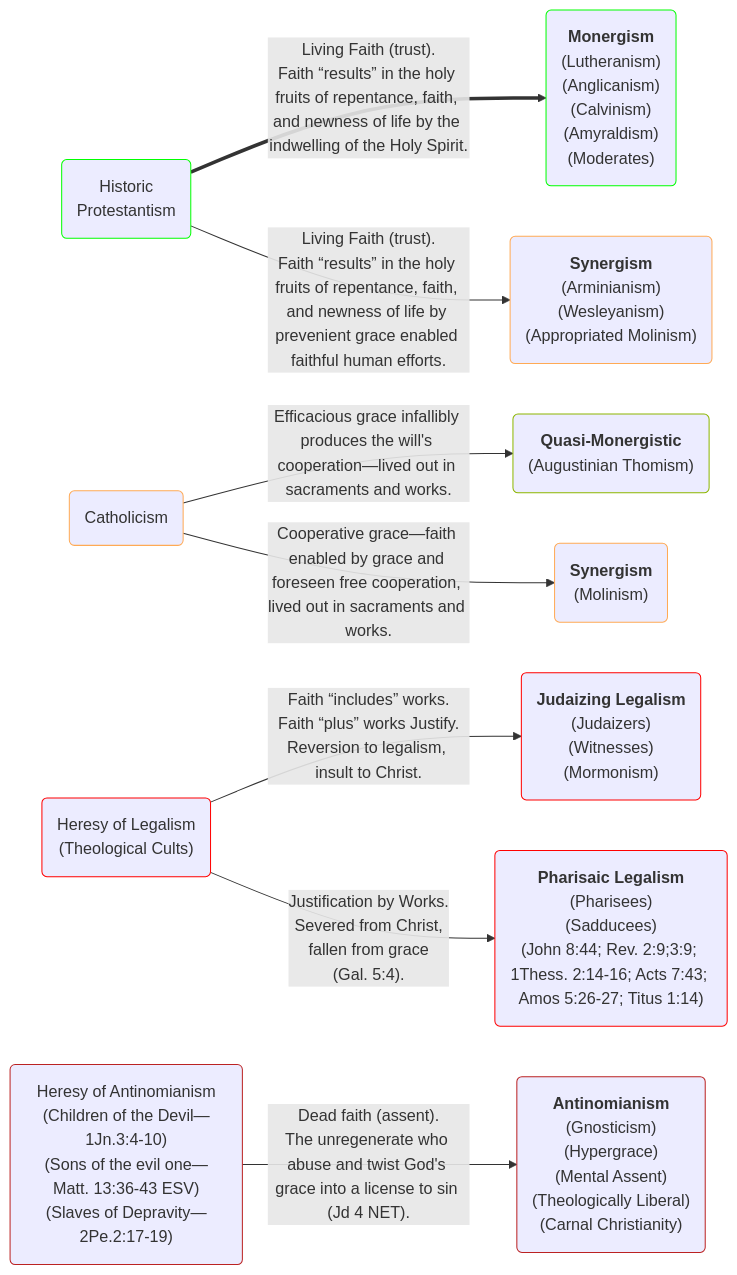
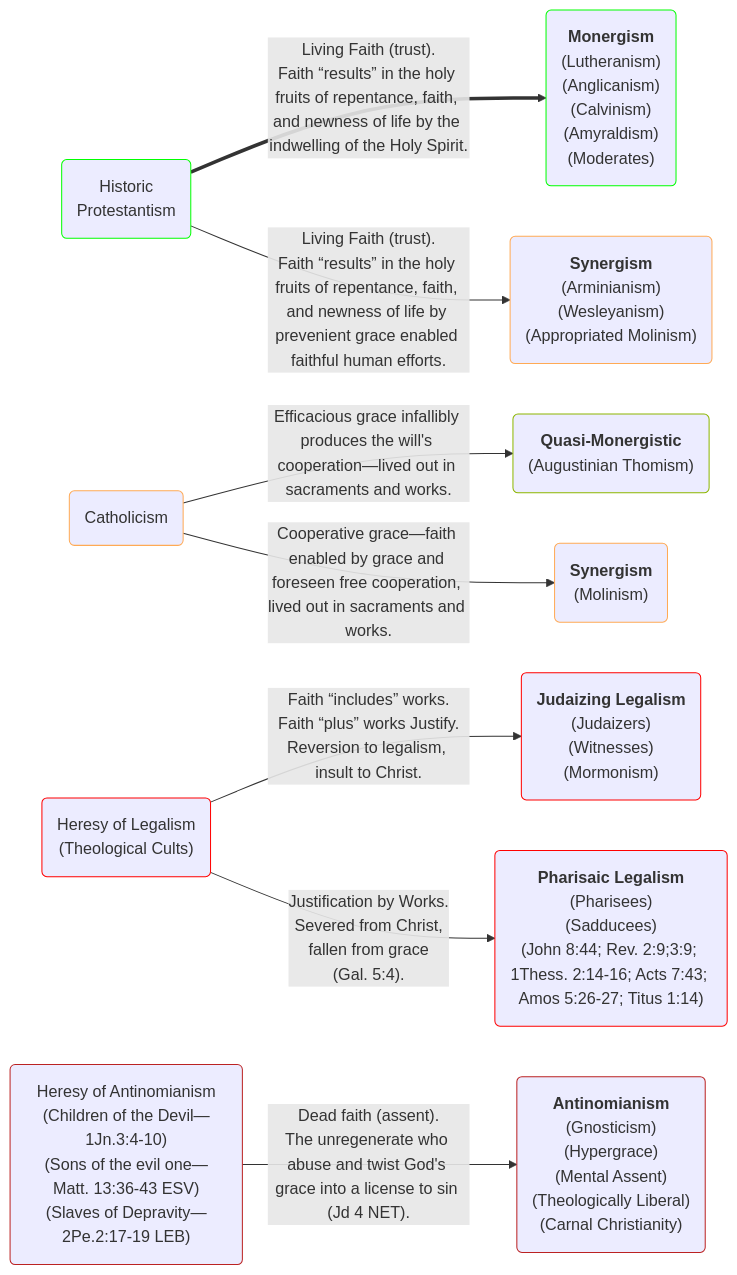
Before and after one commit to OrdoLuminis/ordoluminis.github.io: the first of 2 diagrams in _posts/2025-08-03-historic-protestant-position.markdown, drawn with Mermaid. The commit also changed other lines of this file, not shown here.

````diff
--- a/_posts/2025-08-03-historic-protestant-position.markdown
+++ b/_posts/2025-08-03-historic-protestant-position.markdown
@@ -55,23 +55,23 @@
 ```mermaid
 flowchart LR
     A(Historic<br>Protestantism):::green
     B(Catholicism):::orange
     C(Heresy of Legalism<br>&lpar;Theological Cults&rpar;):::red
-    D(Heresy of Antinomianism<br>&lpar;Children of the Devil&mdash;1Jn.3:4-10&rpar;<br>&lpar;Sons of the evil one&mdash;Matt. 13:36-43 ESV&rpar;<br>&lpar;Slaves of Depravity&mdash;2Pe.2:17-19&rpar;):::firebrick
+    D(Heresy of Antinomianism<br>&lpar;Children of the Devil&mdash;1Jn.3:4-10&rpar;<br>&lpar;Sons of the evil one&mdash;Matt. 13:36-43 ESV&rpar;<br>&lpar;Slaves of Depravity&mdash;2Pe.2:17-19 LEB&rpar;):::firebrick
     A ==>|Living Faith &lpar;trust&rpar;.<br>Faith &ldquo;results&rdquo; in the holy fruits of repentance, faith, and newness of life by the indwelling of the Holy Spirit.| G(<strong>Monergism</strong><br>&lpar;Lutheranism&rpar;<br>&lpar;Anglicanism&rpar;<br>&lpar;Calvinism&rpar;<br>&lpar;Amyraldism&rpar;<br>&lpar;Moderates&rpar;):::green
     A -->|Living Faith &lpar;trust&rpar;.<br>Faith &ldquo;results&rdquo; in the holy fruits of repentance, faith, and newness of life by prevenient grace enabled faithful human efforts.| H(<strong>Synergism</strong><br>&lpar;Arminianism&rpar;<br>&lpar;Wesleyanism&rpar;<br>&lpar;Appropriated Molinism&rpar;):::orange
     B -->|Efficacious grace infallibly produces the will's cooperation&mdash;lived out in sacraments and works.| N(<strong>Quasi-Monergistic</strong><br>&lpar;Augustinian Thomism&rpar;):::yellowgreen
     B -->|Cooperative grace&mdash;faith enabled by grace and foreseen free cooperation, lived out in sacraments and works.| I(<strong>Synergism</strong><br>&lpar;Molinism&rpar;):::orange
     C -->|Faith &ldquo;includes&rdquo; works.<br>Faith &ldquo;plus&rdquo; works Justify.<br>Reversion to legalism, insult to Christ.| J(<strong>Judaizing Legalism</strong><br>&lpar;Judaizers&rpar;<br>&lpar;Witnesses&rpar;<br>&lpar;Mormonism&rpar;):::red
     C -->|Justification by Works.<br>Severed from Christ,<br>fallen from grace<br>&lpar;Gal. 5:4&rpar;.| K(<strong>Pharisaic Legalism</strong><br>&lpar;Pharisees&rpar;<br>&lpar;Sadducees&rpar;<br>&lpar;John 8:44; Rev. 2:9;3:9; 1Thess. 2:14-16; Acts 7:43; Amos 5:26-27; Titus 1:14&rpar;):::red
     D -->|Dead faith &lpar;assent&rpar;.<br>The unregenerate who abuse and twist God's grace into a license to sin &lpar;Jd 4 NET&rpar;.| L(<strong>Antinomianism</strong><br>&lpar;Gnosticism&rpar;<br>&lpar;Hypergrace&rpar;<br>&lpar;Mental Assent&rpar;<br>&lpar;Theologically Liberal&rpar;<br>&lpar;Carnal Christianity&rpar;):::firebrick
     classDef red stroke:#f00
     classDef green stroke:#0f0
     classDef lightgreen stroke:#Bf0
     classDef yellowgreen stroke:#8db600
     classDef darkgreen stroke:#006400
     classDef orange stroke:#fa5
     classDef firebrick stroke:#b22
     classDef darkred stroke:#8B0000
     classDef darkerred stroke:#701705
 ```
````
